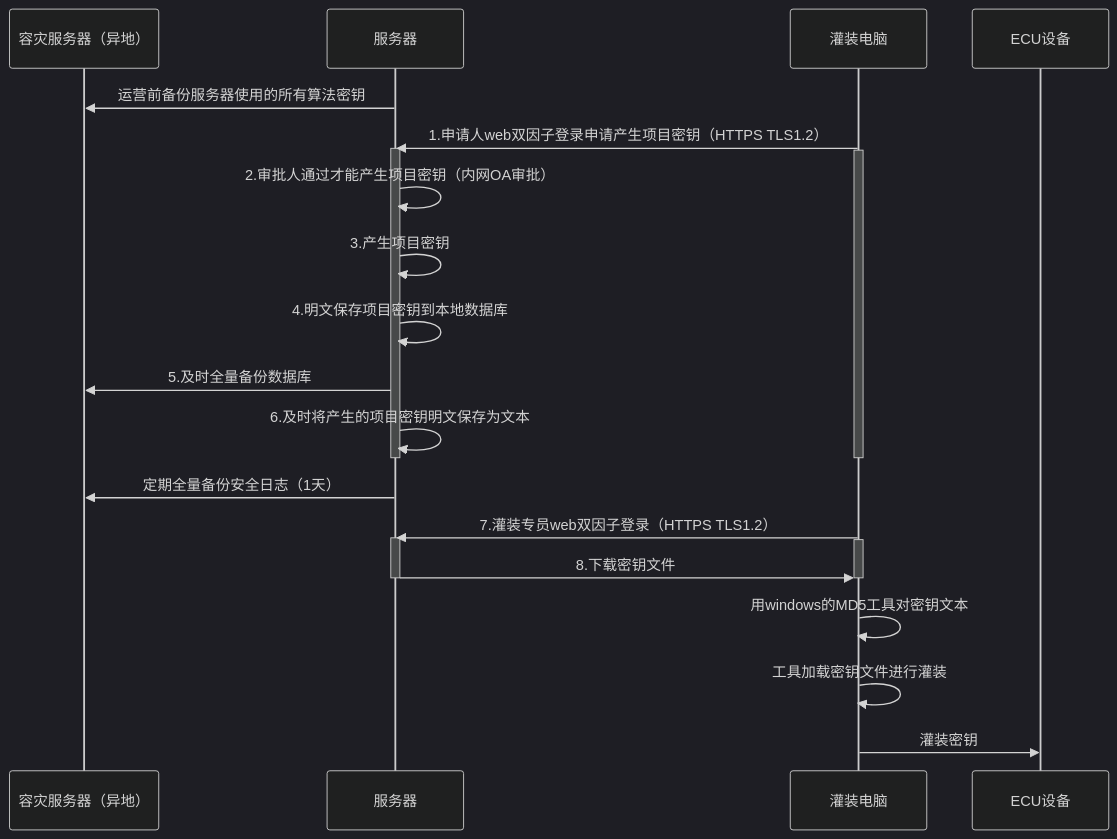
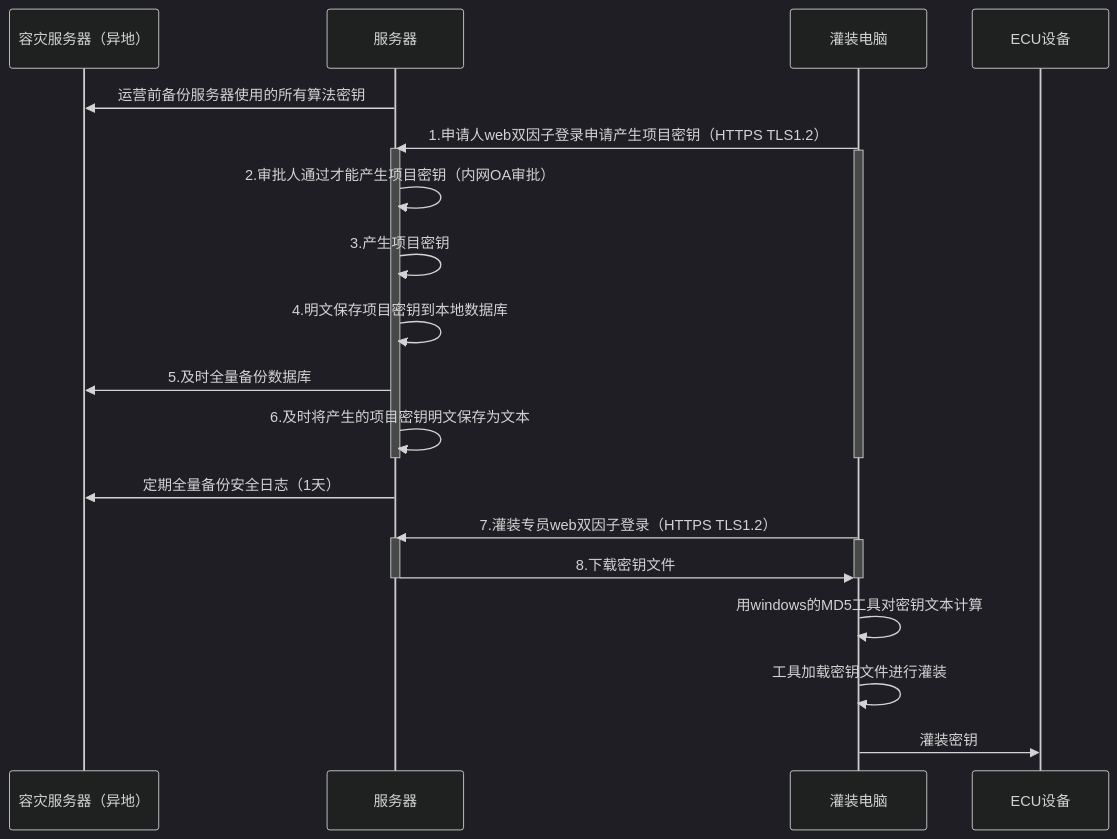
The diagram in all/未命名-17.md (facebook-cloud/iodraw-files), drawn with Mermaid (dark theme) before and after one commit.

Commit message:
2026-03-05 20:54:00 update

````diff
--- a/all/未命名-17.md
+++ b/all/未命名-17.md
@@ -1,33 +1,33 @@
 ```mermaid
 sequenceDiagram
     participant A as 容灾服务器（异地）
     participant B as 服务器
     participant D as 灌装电脑
     participant E as ECU设备
 
     B->>A: 运营前备份服务器使用的所有算法密钥
     D->>B: 1.申请人web双因子登录申请产生项目密钥（HTTPS TLS1.2）
     activate B
     activate D
     B->>B: 2.审批人通过才能产生项目密钥（内网OA审批）
     B->>B: 3.产生项目密钥
     B->>B: 4.明文保存项目密钥到本地数据库
     B->>A: 5.及时全量备份数据库
     B->>B: 6.及时将产生的项目密钥明文保存为文本
     deactivate B
     deactivate D
 
     B->>A: 定期全量备份安全日志（1天）
     
     D->>B: 7.灌装专员web双因子登录（HTTPS TLS1.2）
     activate B
     activate D
     B->>D: 8.下载密钥文件
     deactivate B
     deactivate D
 
-    D->>D:用windows的MD5工具对密钥文本
+    D->>D:用windows的MD5工具对密钥文本计算
     D->>D:工具加载密钥文件进行灌装
     
     D->>E: 灌装密钥
 ```
````
